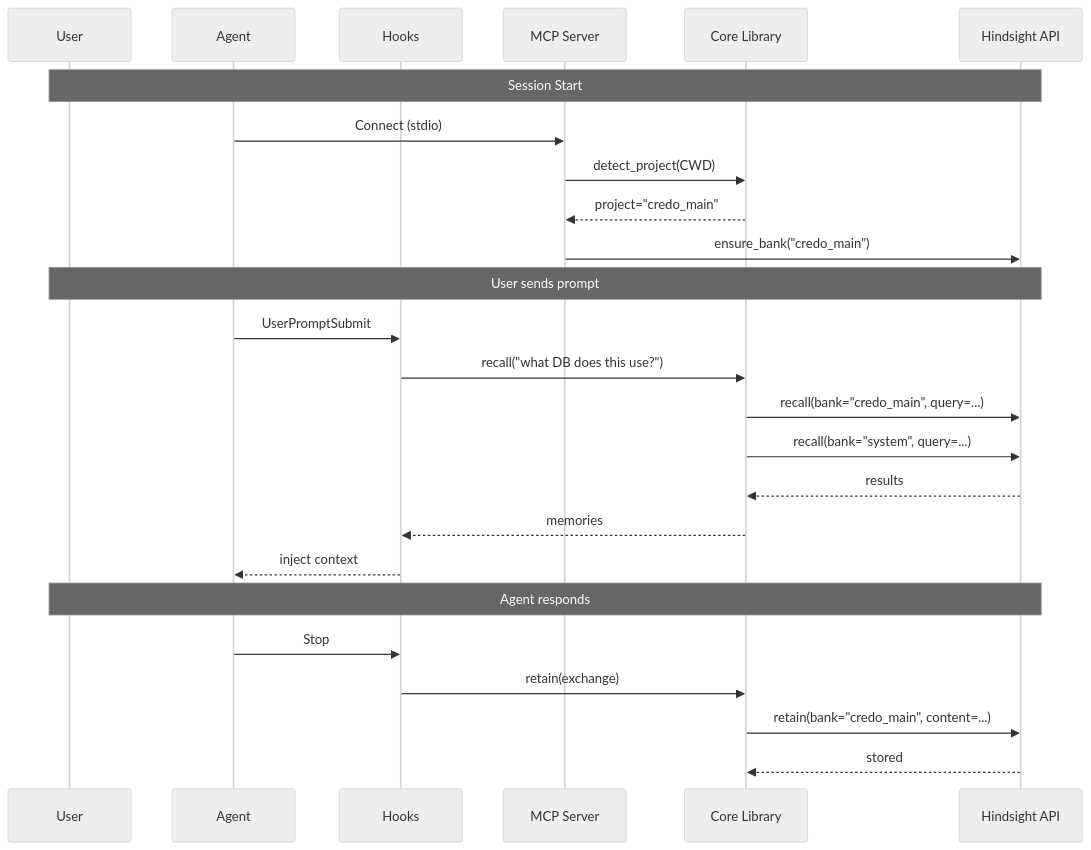
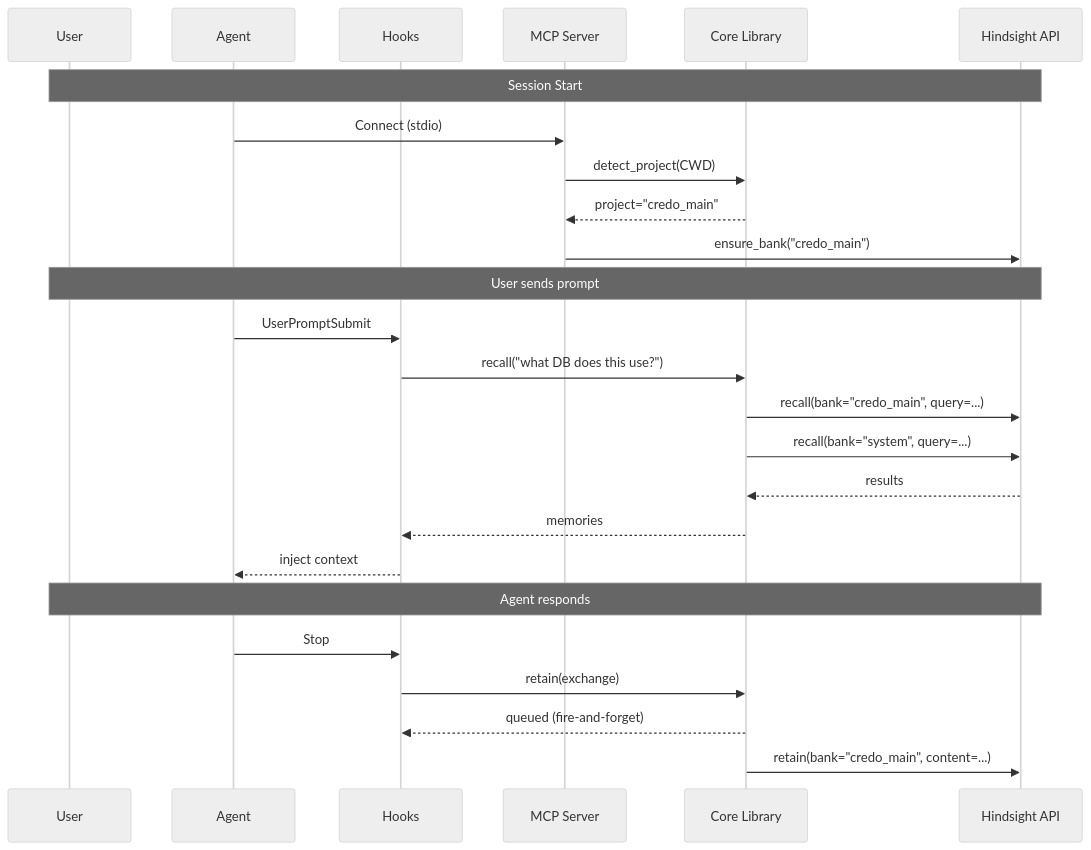
Before and after one commit to jwvolschenk/hindsight-custom: the fourth of 4 diagrams in README.md, drawn with Mermaid (neutral theme). The commit also changed other lines of this file and 6 other files, not shown here.

Commit message:
Fixes to the installer for fire and forget retain statements. Better agent detection

````diff
--- a/README.md
+++ b/README.md
@@ -138,30 +138,30 @@
 ```mermaid
 sequenceDiagram
     participant User
     participant Agent
     participant Hooks
     participant MCP as MCP Server
     participant Core as Core Library
     participant API as Hindsight API
 
     Note over User,API: Session Start
     Agent->>MCP: Connect (stdio)
     MCP->>Core: detect_project(CWD)
     Core-->>MCP: project="credo_main"
     MCP->>API: ensure_bank("credo_main")
 
     Note over User,API: User sends prompt
     Agent->>Hooks: UserPromptSubmit
     Hooks->>Core: recall("what DB does this use?")
     Core->>API: recall(bank="credo_main", query=...)
     Core->>API: recall(bank="system", query=...)
     API-->>Core: results
     Core-->>Hooks: memories
     Hooks-->>Agent: inject context
 
     Note over User,API: Agent responds
     Agent->>Hooks: Stop
     Hooks->>Core: retain(exchange)
+    Core-->>Hooks: queued (fire-and-forget)
     Core->>API: retain(bank="credo_main", content=...)
-    API-->>Core: stored
 ```
````
